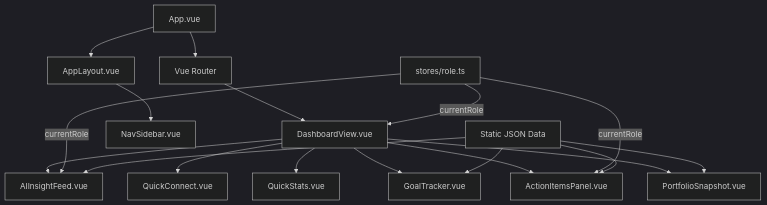
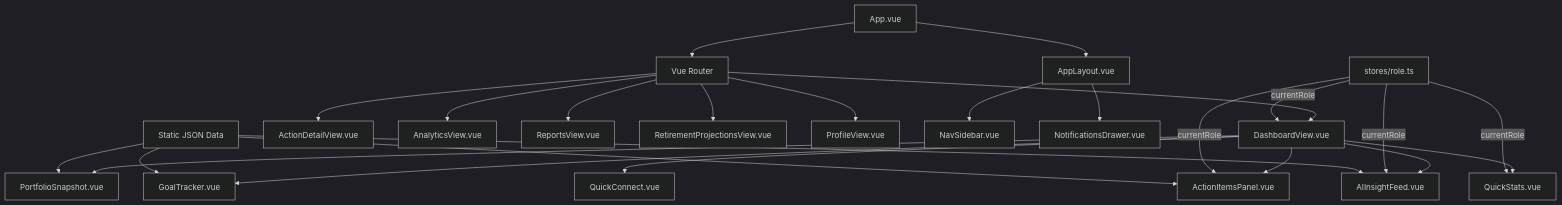
Before and after one commit to emily-boggs/protogen-301-operational-dashboard: the diagram in memory-bank/systemPatterns.md, drawn with Mermaid (dark theme). The commit also changed other lines of this file and 11 other files, not shown here.

````diff
--- a/memory-bank/systemPatterns.md
+++ b/memory-bank/systemPatterns.md
@@ -11,22 +11,29 @@
 ```mermaid
 flowchart TD
     App[App.vue] --> Router[Vue Router]
     Router --> DV[DashboardView.vue]
+    Router --> ADV[ActionDetailView.vue]
+    Router --> AV[AnalyticsView.vue]
+    Router --> RV[ReportsView.vue]
+    Router --> RPV[RetirementProjectionsView.vue]
+    Router --> PV[ProfileView.vue]
     App --> AL[AppLayout.vue]
     AL --> NS[NavSidebar.vue]
+    AL --> ND[NotificationsDrawer.vue]
     DV --> PS[PortfolioSnapshot.vue]
     DV --> GT[GoalTracker.vue]
     DV --> AIP[ActionItemsPanel.vue]
     DV --> AIF[AIInsightFeed.vue]
     DV --> QS[QuickStats.vue]
     DV --> QC[QuickConnect.vue]
 
     RoleStore[stores/role.ts] -->|currentRole| DV
     RoleStore -->|currentRole| AIP
     RoleStore -->|currentRole| AIF
+    RoleStore -->|currentRole| QS
 
     Data[Static JSON Data] --> PS
     Data --> GT
     Data --> AIP
     Data --> AIF
 ```
````
